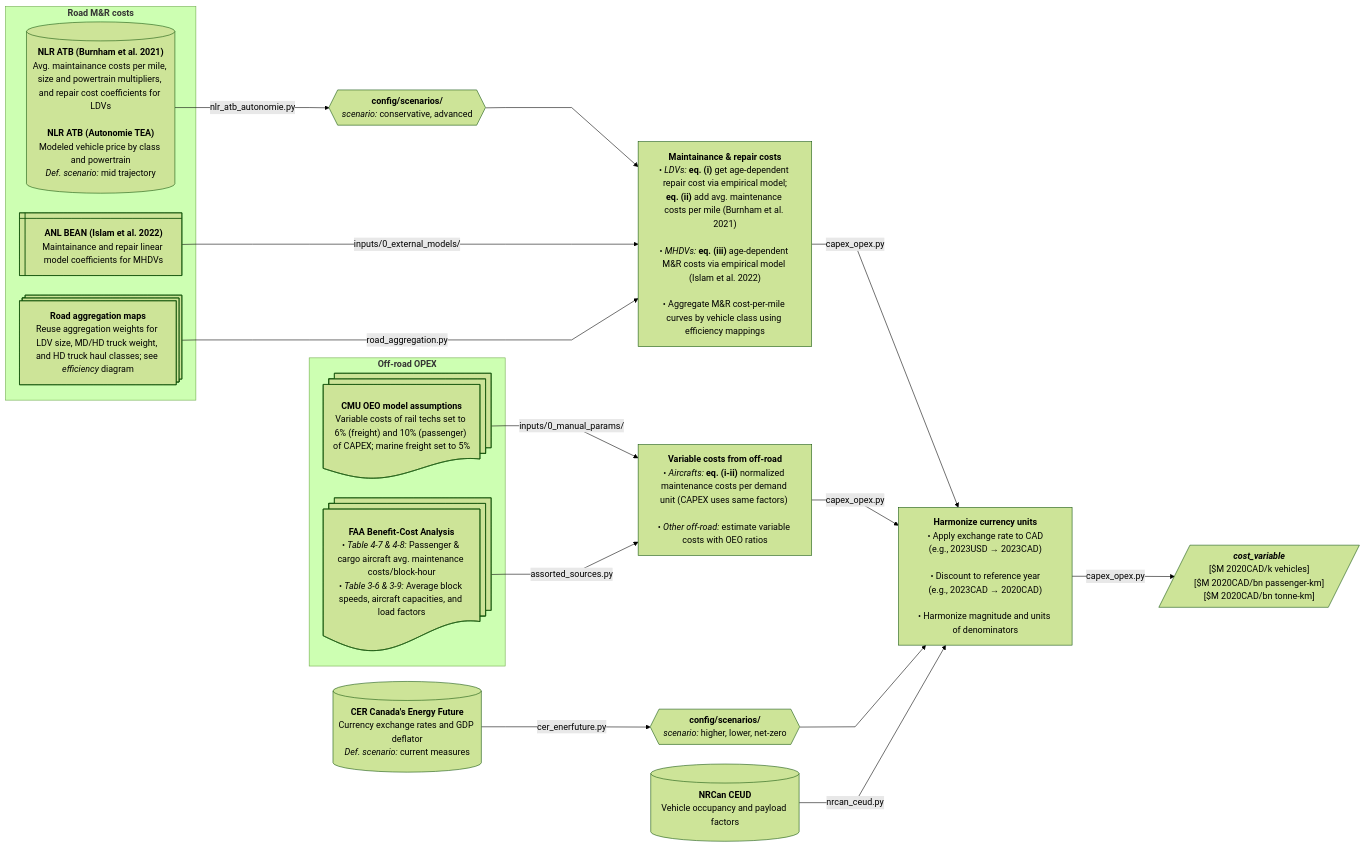
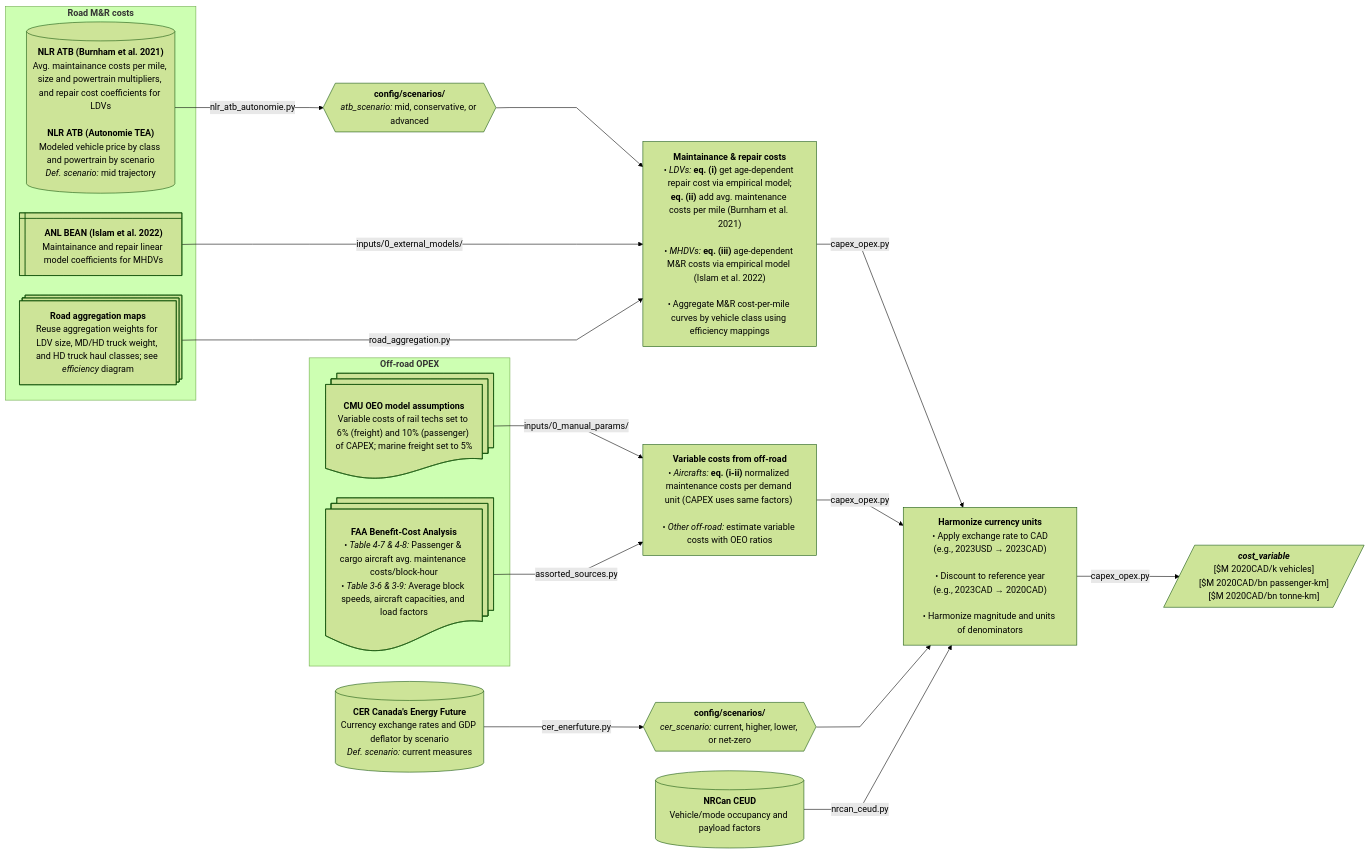
Before and after one commit to CANOE-main/canoe-transportation: the eighth of 12 diagrams in docs/etl_flowcharts.md, drawn with Mermaid (forest theme). The commit also changed other lines of this file and 23 other files, not shown here.

First line of the commit message:
Finalize transportation architecture, lifetime diagnostics, and vehicle mappings

````diff
--- a/docs/etl_flowcharts.md
+++ b/docs/etl_flowcharts.md
@@ -488,57 +536,57 @@
 ```mermaid
 ---
 config:
   layout: dagre
   flowchart:
     nodeSpacing: 35
     rankSpacing: 50
     wrappingWidth: 250
     curve: linear
 ---
 flowchart LR
   subgraph offroad["`**Off-road OPEX**`"]
 	  %% --- Sources ---
 	  s7@{shape: docs, label: "**CMU OEO model assumptions**<br>Variable costs of rail techs set to 6% (freight) and 10% (passenger) of CAPEX; marine freight set to 5%"}
 	  s8@{shape: docs, label: "**FAA Benefit-Cost Analysis**<br>• *Table 4-7 & 4-8:* Passenger & cargo aircraft avg. maintenance costs/block-hour<br>• *Table 3-6 & 3-9:* Average block speeds, aircraft capacities, and load factors"}
   end
 
   %% --- Processes ---
   p3["`**Variable costs from off-road**<br>• *Aircrafts:* **eq. (i-ii)** normalized maintenance costs per demand unit (CAPEX uses same factors) <br><br>• *Other off-road:* estimate variable costs with OEO ratios`"]
   s7 -- inputs/0_manual_params/ --> p3
   s8 -- assorted_sources.py --> p3
 
   subgraph road["`**Road M&R costs**`"]
 	  %% --- Sources ---
 	  s1@{shape: processes, label: "**Road aggregation maps**<br>Reuse aggregation weights for LDV size, MD/HD truck weight, and HD truck haul classes; see *efficiency* diagram"}
-	  s2[("`**NLR ATB (Burnham et al. 2021)**<br>Avg. maintainance costs per mile, size and powertrain multipliers, and repair cost coefficients for LDVs<br><br>**NLR ATB (Autonomie TEA)**<br>Modeled vehicle price by class and powertrain<br>*Def. scenario:* mid trajectory`")]
+	  s2[("`**NLR ATB (Burnham et al. 2021)**<br>Avg. maintainance costs per mile, size and powertrain multipliers, and repair cost coefficients for LDVs<br><br>**NLR ATB (Autonomie TEA)**<br>Modeled vehicle price by class and powertrain by scenario<br>*Def. scenario:* mid trajectory`")]
 	  s3@{shape: win-pane, label: "**ANL BEAN (Islam et al. 2022)**<br>Maintainance and repair linear model coefficients for MHDVs"}
   end
 
   %% --- Processes ---
-  p0_2@{shape: hex, label: "**config/scenarios/**<br>*scenario:* conservative, advanced"}
+  p0_2@{shape: hex, label: "**config/scenarios/**<br>*atb_scenario:* mid, conservative, or advanced"}
   p2["`**Maintainance & repair costs**<br>• *LDVs:* **eq. (i)** get age-dependent repair cost via empirical model;<br>**eq. (ii)** add avg. maintenance costs per mile (Burnham et al. 2021)<br><br>• *MHDVs:* **eq. (iii)** age-dependent M&R costs via empirical model (Islam et al. 2022)<br><br>• Aggregate M&R cost-per-mile curves by vehicle class using efficiency mappings`"]
   s2 -- nlr_atb_autonomie.py --> p0_2 --> p2
   s3 -- inputs/0_external_models/ --> p2
   s1 -- road_aggregation.py --> p2
 
-  s0[("`**CER Canada's Energy Future**<br>Currency exchange rates and GDP deflator<br>*Def. scenario:* current measures`")]
-  s9[("`**NRCan CEUD**<br>Vehicle occupancy and payload factors`")]
+  s0[("`**CER Canada's Energy Future**<br>Currency exchange rates and GDP deflator by scenario<br>*Def. scenario:* current measures`")]
+  s9[("`**NRCan CEUD**<br>Vehicle/mode occupancy and payload factors`")]
 
-  p0@{shape: hex, label: "**config/scenarios/**<br>*scenario:* higher, lower, net-zero"}
+  p0@{shape: hex, label: "**config/scenarios/**<br>*cer_scenario:* current, higher, lower, or net-zero"}
   p4["`**Harmonize currency units**<br>• Apply exchange rate to CAD<br>(e.g., 2023USD → 2023CAD)<br><br>• Discount to reference year<br>(e.g., 2023CAD → 2020CAD)<br><br>• Harmonize magnitude and units of denominators`"]
   p2 -- capex_opex.py --> p4
   p3 -- capex_opex.py --> p4
   s0 -- cer_enerfuture.py --> p0 --> p4
   s9 -- nrcan_ceud.py --> p4
 
   p4 -- capex_opex.py --> o1[/"`***cost_variable***<br>[$M 2020CAD/k vehicles]<br>[$M 2020CAD/bn passenger-km]<br>[$M 2020CAD/bn tonne-km]`"/]
 
   %% --- Hyperlinks ---
   click s9 "https://oee.nrcan.gc.ca/corporate/statistics/neud/dpa/menus/trends/comprehensive_tables/list.cfm"
   click s8 "https://www.faa.gov/regulations_policies/policy_guidance/benefit_cost"
   click s7 "https://github.com/TemoaProject/oeo/blob/master/database_documentation/TransportationSector.ipynb"
   click s2 "https://atb.nlr.gov/transportation/2024/data"
   click s2_2 "https://anl.app.box.com/s/an4nx0v2xpudxtpsnkhd5peimzu4j1hk/folder/242640145714"
   click s0 "https://open.canada.ca/data/en/dataset/07c42deb-9435-43b9-a416-7ce316f3893d"
   click s3 "https://vms.taps.anl.gov/research-highlights/vehicle-technologies/u-s-doe-vto-hfto-r-d-benefits/"
 ```
````
